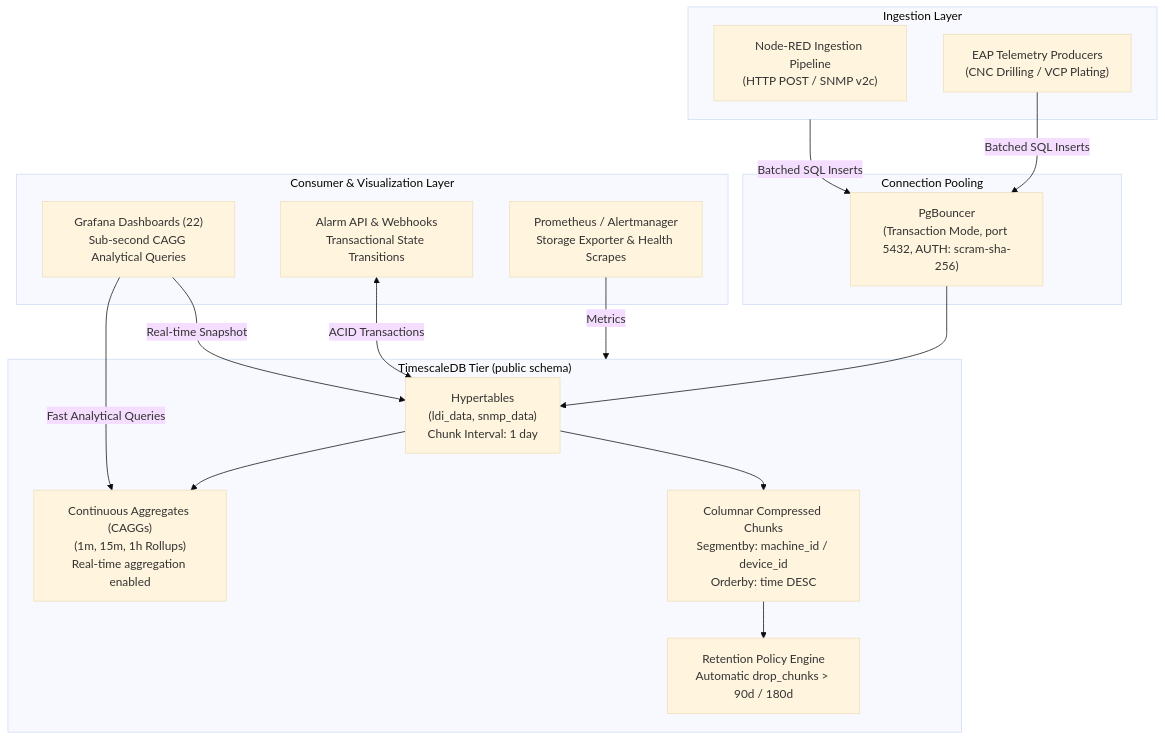
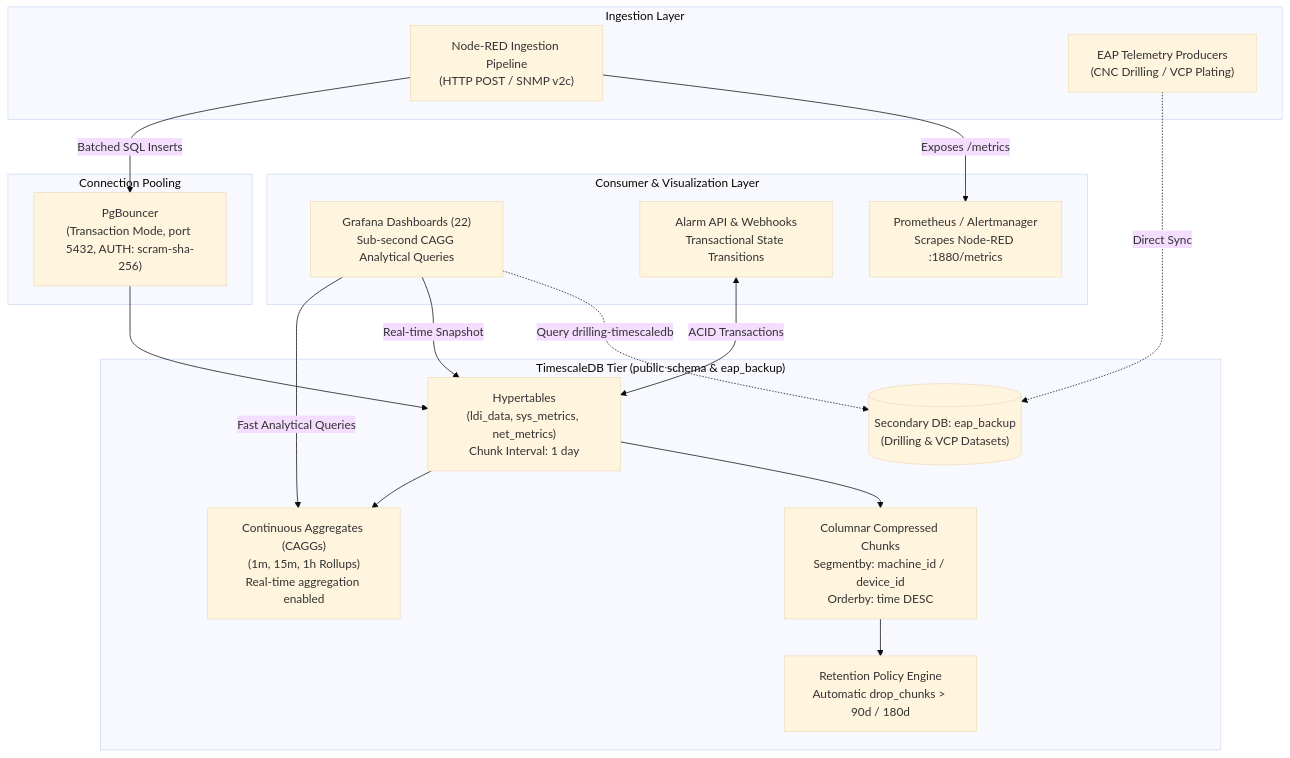
One commit to PATTANAKORN025/IMS changed the diagram in docs/architecture/decisions/0002-timescaledb-for-timeseries.md. Above: the diagram before and after it, drawn with Mermaid (base theme). The commit also changed 19 other files, not shown here.

First line of the commit message:
docs(architecture): eliminate phantom snmp_data and align diagrams with true schema

````diff
--- a/docs/architecture/decisions/0002-timescaledb-for-timeseries.md
+++ b/docs/architecture/decisions/0002-timescaledb-for-timeseries.md
@@ -82,48 +82,51 @@
 ```mermaid
 flowchart TD
   subgraph INGEST["Ingestion Layer"]
     NR["Node-RED Ingestion Pipeline
 (HTTP POST / SNMP v2c)"]
     EAP["EAP Telemetry Producers
 (CNC Drilling / VCP Plating)"]
   end
 
   subgraph POOL["Connection Pooling"]
     PGB["PgBouncer
 (Transaction Mode, port 5432, AUTH: scram-sha-256)"]
   end
 
-  subgraph STORAGE["TimescaleDB Tier (public schema)"]
+  subgraph STORAGE["TimescaleDB Tier (public schema & eap_backup)"]
     HT["Hypertables
-(ldi_data, snmp_data)
+(ldi_data, sys_metrics, net_metrics)
 Chunk Interval: 1 day"]
     CAGG["Continuous Aggregates (CAGGs)
 (1m, 15m, 1h Rollups)
 Real-time aggregation enabled"]
     COMP["Columnar Compressed Chunks
 Segmentby: machine_id / device_id
 Orderby: time DESC"]
     RET["Retention Policy Engine
 Automatic drop_chunks > 90d / 180d"]
+    EAP_DB[("Secondary DB: eap_backup
+(Drilling & VCP Datasets)")]
   end
 
   subgraph CLIENTS["Consumer & Visualization Layer"]
     GRAF["Grafana Dashboards (22)
 Sub-second CAGG Analytical Queries"]
     ALARM["Alarm API & Webhooks
 Transactional State Transitions"]
     PROM["Prometheus / Alertmanager
-Storage Exporter & Health Scrapes"]
+Scrapes Node-RED :1880/metrics"]
   end
 
-  INGEST -->|Batched SQL Inserts| PGB
-  EAP -->|Batched SQL Inserts| PGB
+  NR -->|Batched SQL Inserts| PGB
+  EAP -.->|Direct Sync| EAP_DB
   PGB --> HT
   HT --> CAGG
   HT --> COMP
   COMP --> RET
   GRAF -->|Fast Analytical Queries| CAGG
   GRAF -->|Real-time Snapshot| HT
+  GRAF -.->|Query drilling-timescaledb| EAP_DB
   ALARM <-->|ACID Transactions| HT
-  PROM -->|Metrics| STORAGE
+  NR -->|Exposes /metrics| PROM
 ```
````
